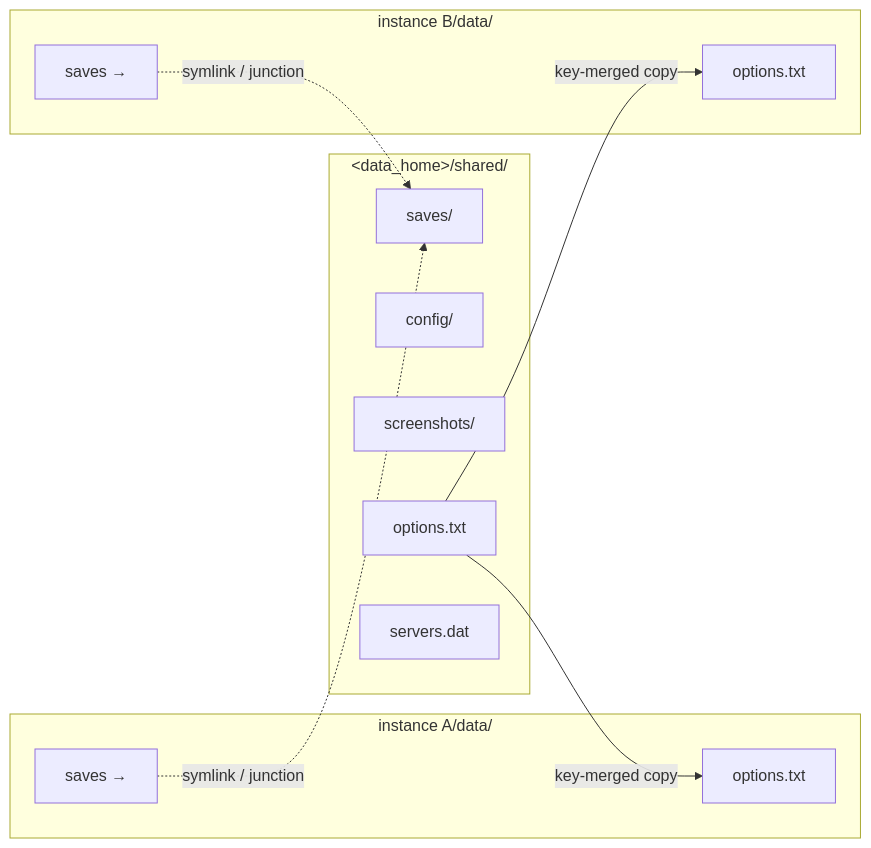
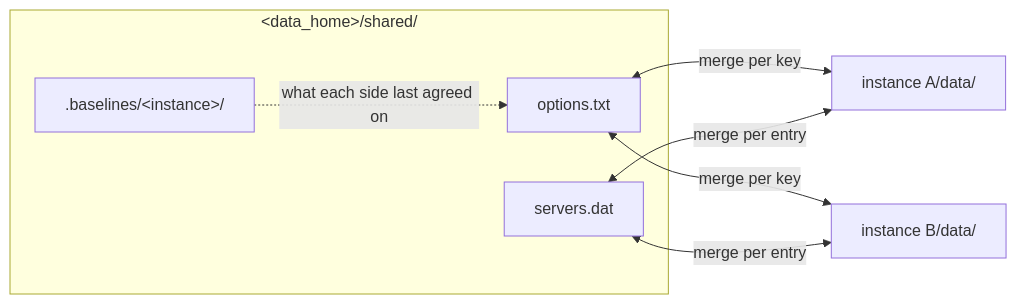
The fifth of 5 diagrams in docs/architecture/entries.md (toraaoo/hestia), drawn with Mermaid before and after one commit. The commit also changed other lines of this file and 7 other files, not shown here.

````diff
--- a/docs/architecture/entries.md
+++ b/docs/architecture/entries.md
@@ -248,22 +254,15 @@
 ```mermaid
 flowchart LR
     subgraph store["&lt;data_home&gt;/shared/"]
-        SAVES["saves/"]
-        CONFIG["config/"]
-        SHOTS["screenshots/"]
         OPTS["options.txt"]
         SDAT["servers.dat"]
+        BASE[".baselines/&lt;instance&gt;/"]
     end
-    subgraph i1["instance A/data/"]
-        A1["saves →"]
-        A2["options.txt"]
-    end
-    subgraph i2["instance B/data/"]
-        B1["saves →"]
-        B2["options.txt"]
-    end
-    A1 -.->|symlink / junction| SAVES
-    B1 -.->|symlink / junction| SAVES
-    OPTS -->|key-merged copy| A2
-    OPTS -->|key-merged copy| B2
+    A["instance A/data/"]
+    B["instance B/data/"]
+    OPTS <-->|"merge per key"| A
+    OPTS <-->|"merge per key"| B
+    SDAT <-->|"merge per entry"| A
+    SDAT <-->|"merge per entry"| B
+    BASE -.->|"what each side last agreed on"| OPTS
 ```
````
